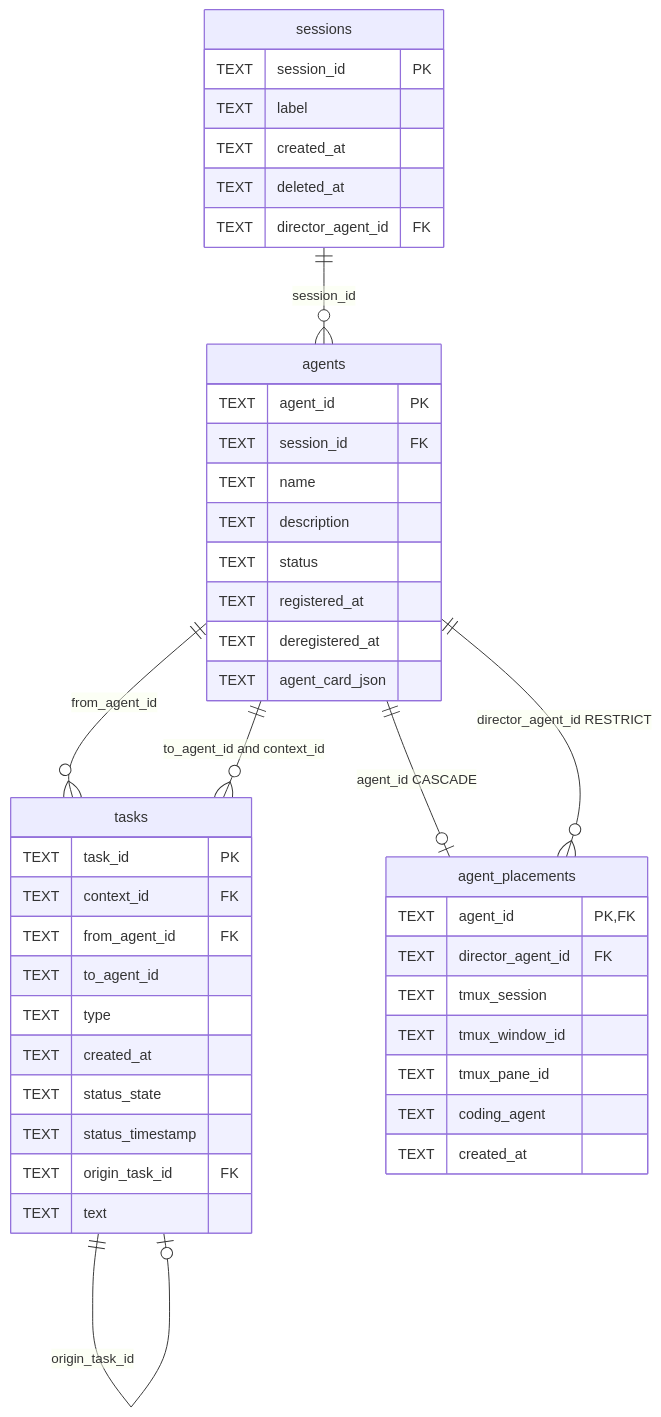
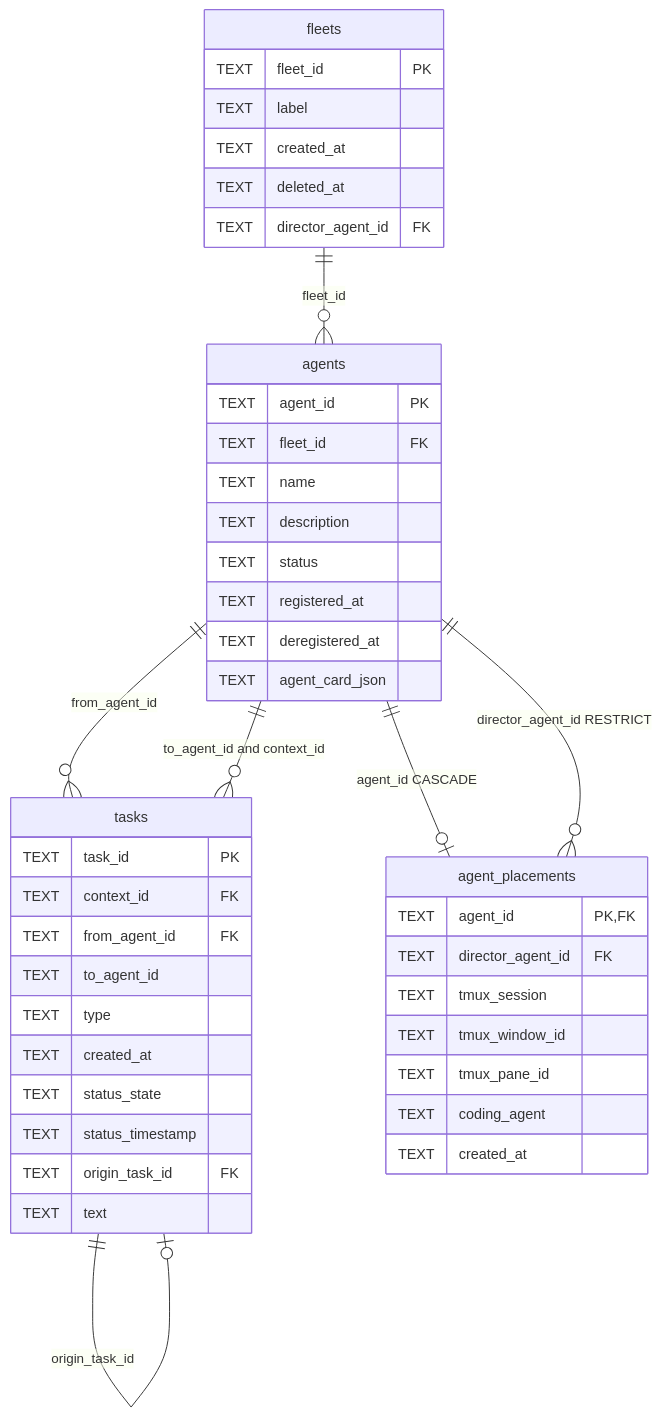
The diagram in docs/concepts/storage.md (himkt/cafleet), drawn with Mermaid before and after one commit. The commit also changed other lines of this file and 55 other files, not shown here.

Commit message:
docs: rename session->fleet + make cafleet-base-dir skill self-contained across docs/skills/README (design 0000074 Step 1)

````diff
--- a/docs/concepts/storage.md
+++ b/docs/concepts/storage.md
@@ -31,48 +31,48 @@
 ```mermaid
 %%{init: {'theme': 'default', 'themeVariables': {'fontSize': '15px'}}}%%
 erDiagram
-    sessions {
-        TEXT session_id PK
+    fleets {
+        TEXT fleet_id PK
         TEXT label
         TEXT created_at
         TEXT deleted_at
         TEXT director_agent_id FK
     }
     agents {
         TEXT agent_id PK
-        TEXT session_id FK
+        TEXT fleet_id FK
         TEXT name
         TEXT description
         TEXT status
         TEXT registered_at
         TEXT deregistered_at
         TEXT agent_card_json
     }
     tasks {
         TEXT task_id PK
         TEXT context_id FK
         TEXT from_agent_id FK
         TEXT to_agent_id
         TEXT type
         TEXT created_at
         TEXT status_state
         TEXT status_timestamp
         TEXT origin_task_id FK
         TEXT text
     }
     agent_placements {
         TEXT agent_id PK,FK
         TEXT director_agent_id FK
         TEXT tmux_session
         TEXT tmux_window_id
         TEXT tmux_pane_id
         TEXT coding_agent
         TEXT created_at
     }
-    sessions ||--o{ agents : "session_id"
+    fleets ||--o{ agents : "fleet_id"
     agents ||--o| agent_placements : "agent_id CASCADE"
     agents ||--o{ tasks : "from_agent_id"
     agents ||--o{ tasks : "to_agent_id and context_id"
     agents ||--o{ agent_placements : "director_agent_id RESTRICT"
     tasks ||--o| tasks : "origin_task_id"
 ```
````
